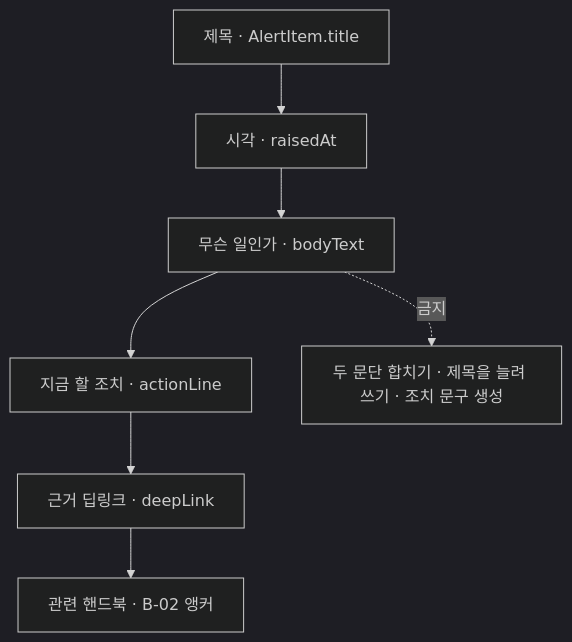
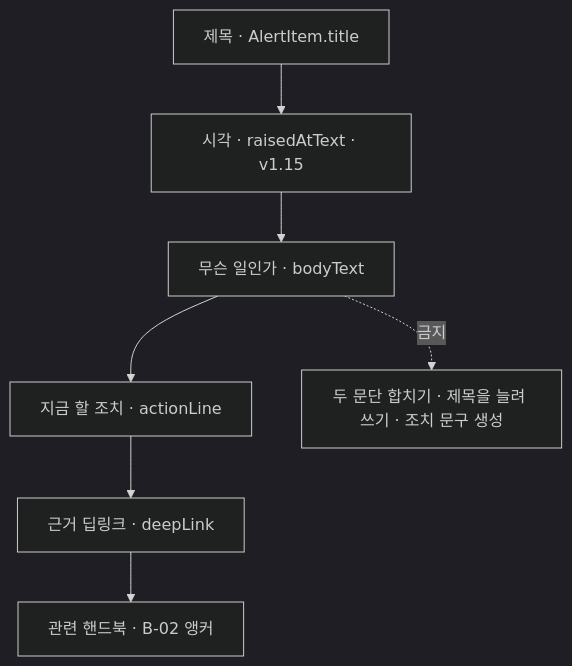
Diagram 13 of 27 in docs/ai-context/04_화면명세_M8_셸_운영홈_알림_온보딩.md (billybeom/AutoAlphaQuant), drawn with Mermaid (dark theme) before and after one commit. The commit also changed other lines of this file and 11 other files, not shown here.

````diff
--- a/docs/ai-context/04_화면명세_M8_셸_운영홈_알림_온보딩.md
+++ b/docs/ai-context/04_화면명세_M8_셸_운영홈_알림_온보딩.md
@@ -754,9 +762,9 @@
 ```mermaid
 flowchart TD
-  A1["제목 · AlertItem.title"] --> A2["시각 · raisedAt"]
+  A1["제목 · AlertItem.title"] --> A2["시각 · raisedAtText · v1.15"]
   A2 --> A3["무슨 일인가 · bodyText"]
   A3 --> A4["지금 할 조치 · actionLine"]
   A4 --> A5["근거 딥링크 · deepLink"]
   A5 --> A6["관련 핸드북 · B-02 앵커"]
   A3 -.->|"금지"| MERGE["두 문단 합치기 · 제목을 늘려 쓰기 · 조치 문구 생성"]
 ```
````
